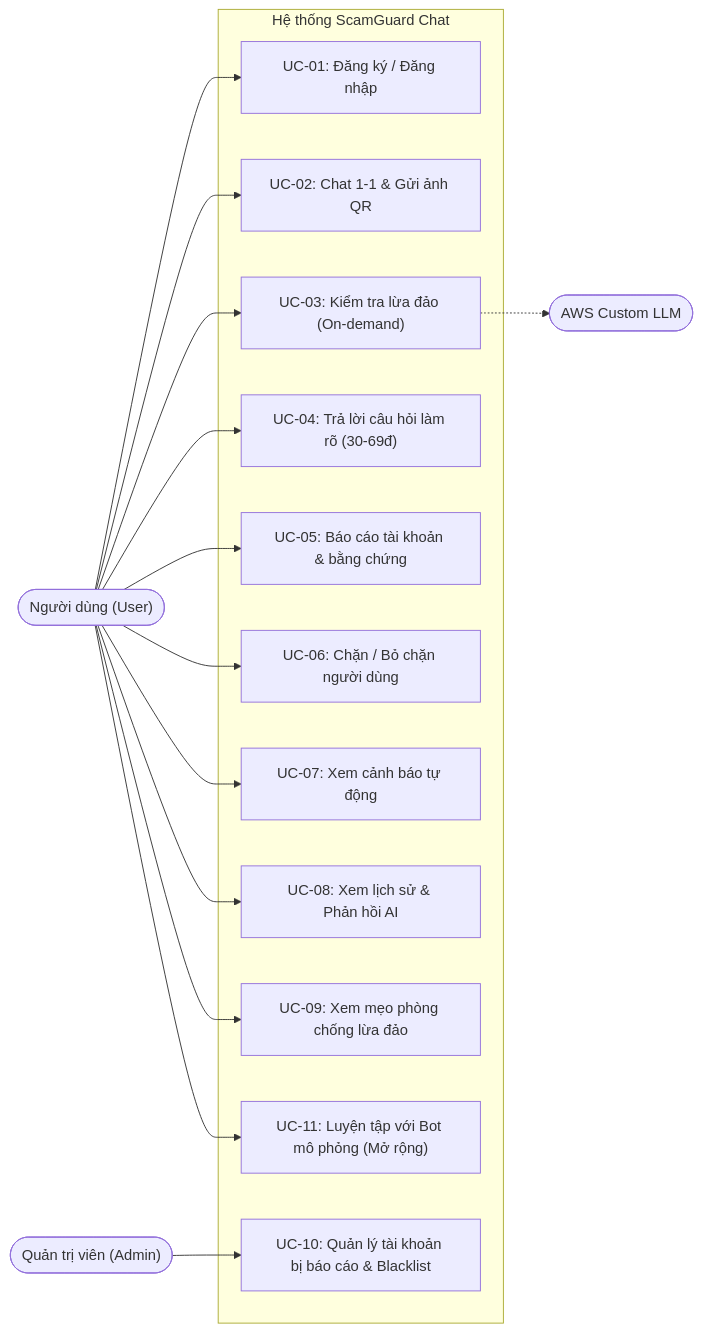
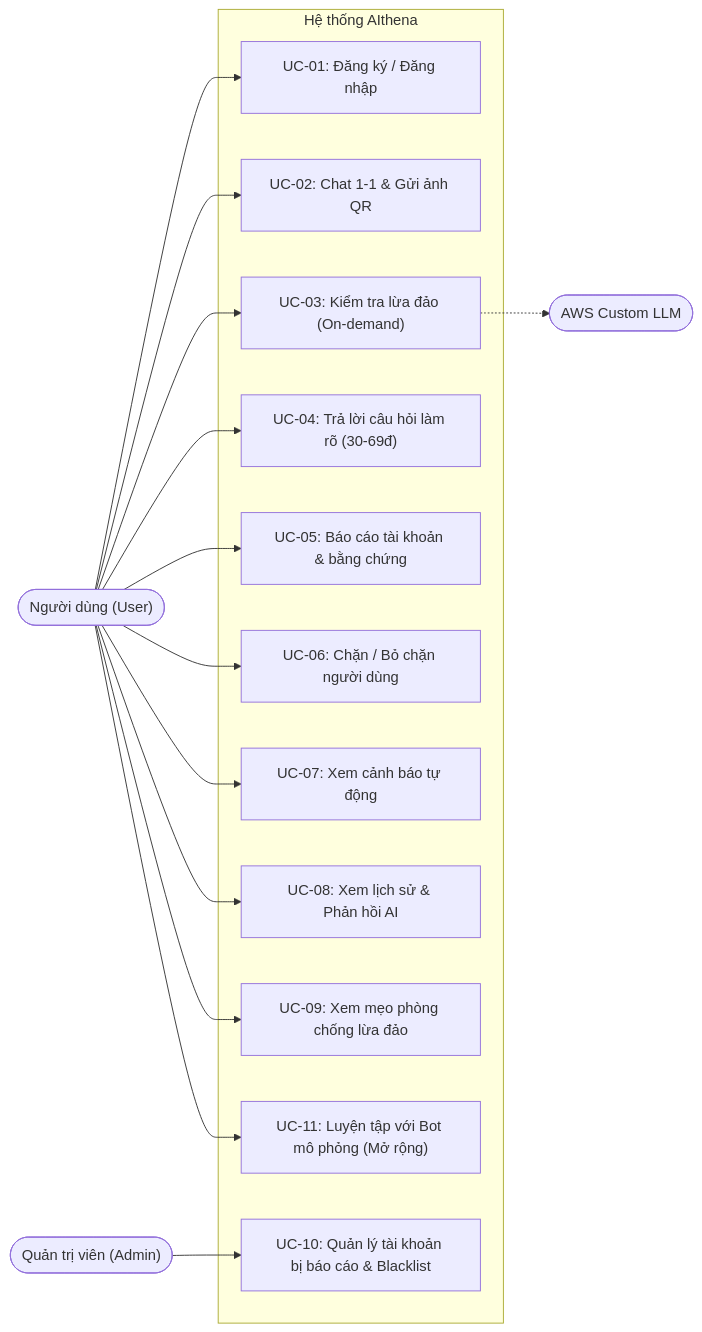
The diagram in use_case.md (USThienPhu/ViAnTam), drawn with Mermaid before and after one commit. The commit also changed other lines of this file and 8 other files, not shown here.

````diff
--- a/use_case.md
+++ b/use_case.md
@@ -15,34 +15,34 @@
 ```mermaid
 flowchart LR
     User(["Người dùng (User)"])
     Admin(["Quản trị viên (Admin)"])
     AI(["AWS Custom LLM"])
 
-    subgraph ScamGuard["Hệ thống ScamGuard Chat"]
+    subgraph ScamGuard["Hệ thống AIthena"]
         UC01["UC-01: Đăng ký / Đăng nhập"]
         UC02["UC-02: Chat 1-1 & Gửi ảnh QR"]
         UC03["UC-03: Kiểm tra lừa đảo (On-demand)"]
         UC04["UC-04: Trả lời câu hỏi làm rõ (30-69đ)"]
         UC05["UC-05: Báo cáo tài khoản & bằng chứng"]
         UC06["UC-06: Chặn / Bỏ chặn người dùng"]
         UC07["UC-07: Xem cảnh báo tự động"]
         UC08["UC-08: Xem lịch sử & Phản hồi AI"]
         UC09["UC-09: Xem mẹo phòng chống lừa đảo"]
         UC10["UC-10: Quản lý tài khoản bị báo cáo & Blacklist"]
         UC11["UC-11: Luyện tập với Bot mô phỏng (Mở rộng)"]
     end
 
     User --> UC01
     User --> UC02
     User --> UC03
     User --> UC04
     User --> UC05
     User --> UC06
     User --> UC07
     User --> UC08
     User --> UC09
     User --> UC11
 
     UC03 -.-> AI
     Admin --> UC10
 ```
````
